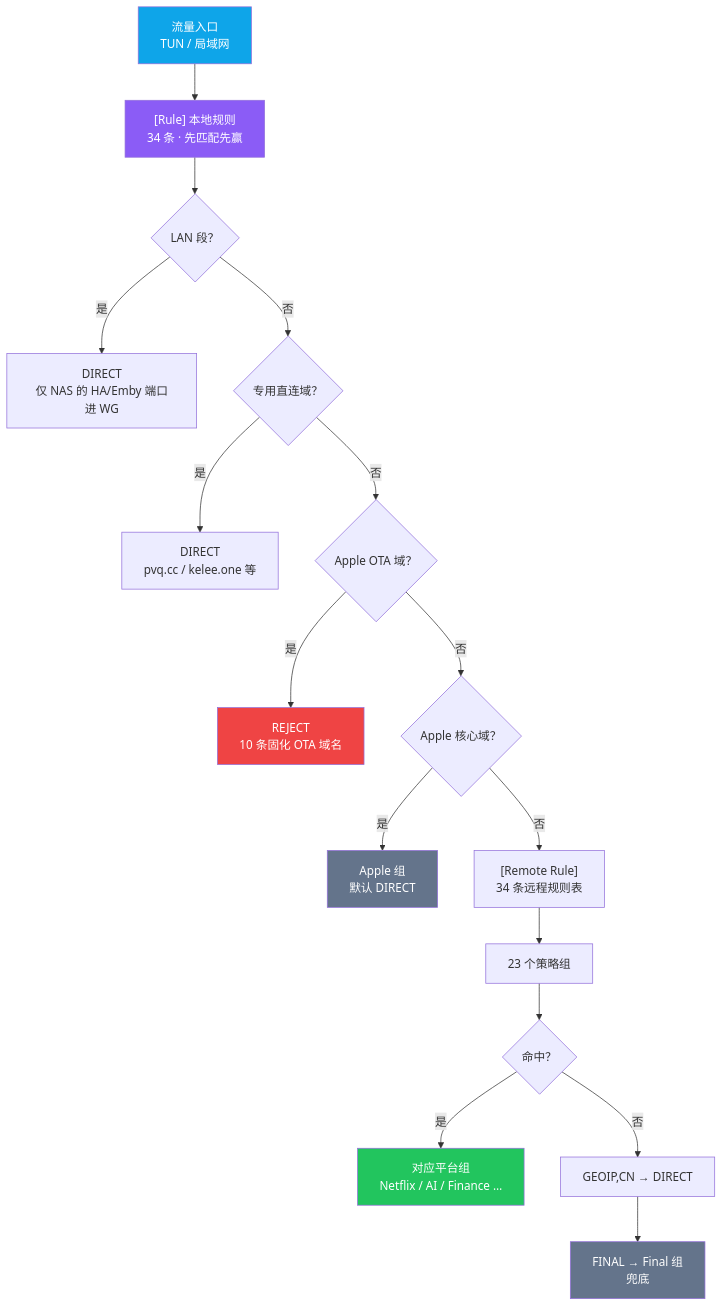
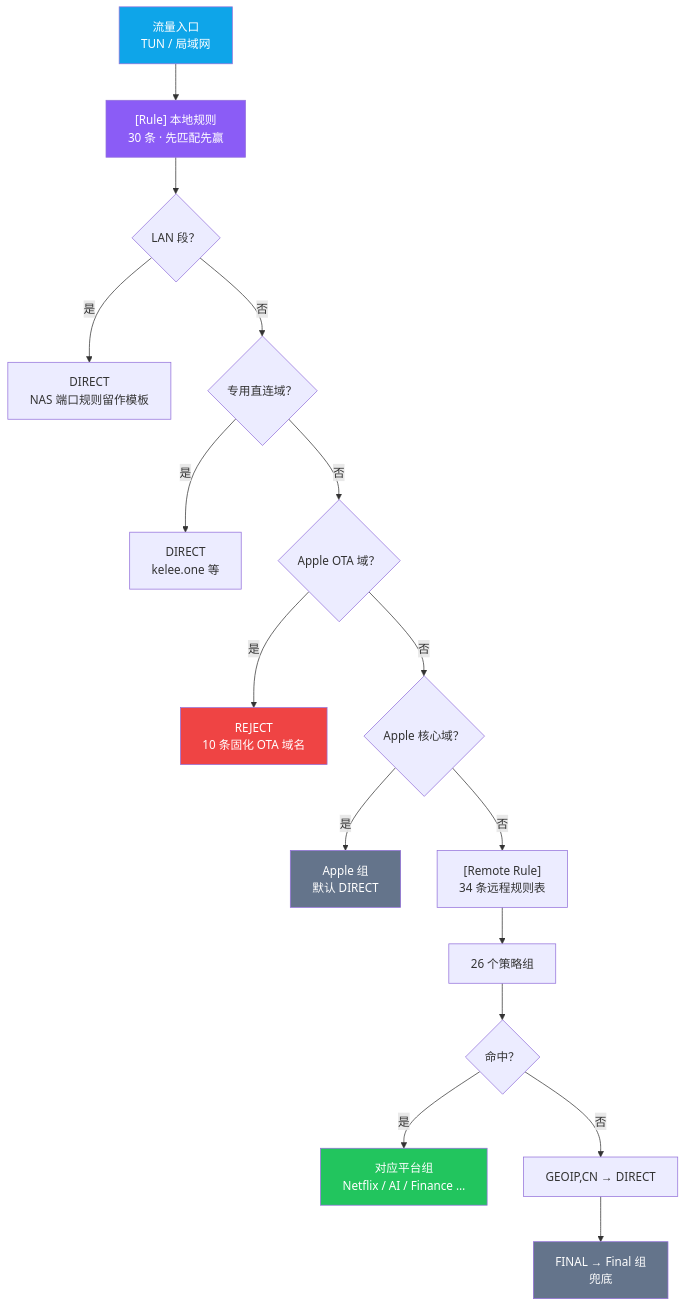
The first of 2 diagrams in README.md (abobb414/loon-config), drawn with Mermaid before and after one commit. The commit also changed other lines of this file and 6 other files, not shown here.

````diff
--- a/README.md
+++ b/README.md
@@ -77,25 +77,25 @@
 ```mermaid
 flowchart TD
-    A["流量入口<br/>TUN / 局域网"] --> B["[Rule] 本地规则<br/>34 条 · 先匹配先赢"]
+    A["流量入口<br/>TUN / 局域网"] --> B["[Rule] 本地规则<br/>30 条 · 先匹配先赢"]
     B --> C{"LAN 段？"}
-    C -->|"是"| D["DIRECT<br/>仅 NAS 的 HA/Emby 端口进 WG"]
+    C -->|"是"| D["DIRECT<br/>NAS 端口规则留作模板"]
     C -->|"否"| E{"专用直连域？"}
-    E -->|"是"| F["DIRECT<br/>pvq.cc / kelee.one 等"]
+    E -->|"是"| F["DIRECT<br/>kelee.one 等"]
     E -->|"否"| G{"Apple OTA 域？"}
     G -->|"是"| H["REJECT<br/>10 条固化 OTA 域名"]
     G -->|"否"| I{"Apple 核心域？"}
     I -->|"是"| J["Apple 组<br/>默认 DIRECT"]
     I -->|"否"| K["[Remote Rule]<br/>34 条远程规则表"]
-    K --> L["23 个策略组"]
+    K --> L["26 个策略组"]
     L --> M{"命中？"}
     M -->|"是"| N["对应平台组<br/>Netflix / AI / Finance …"]
     M -->|"否"| O["GEOIP,CN → DIRECT"]
     O --> P["FINAL → Final 组<br/>兜底"]
 
     style A fill:#0ea5e9,color:#fff
     style B fill:#8b5cf6,color:#fff
     style H fill:#ef4444,color:#fff
     style J fill:#64748b,color:#fff
     style N fill:#22c55e,color:#fff
     style P fill:#64748b,color:#fff
 ```
````
